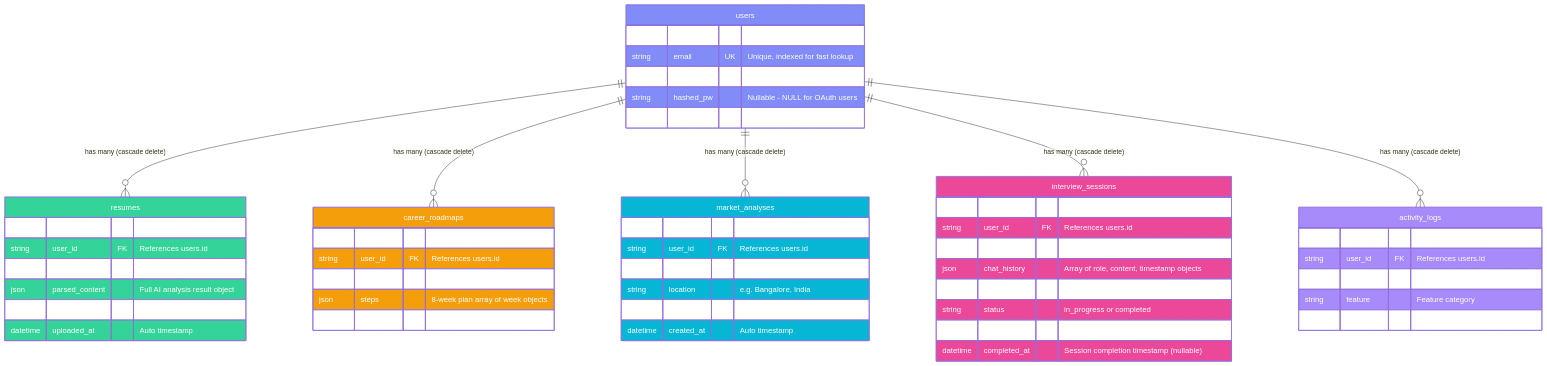
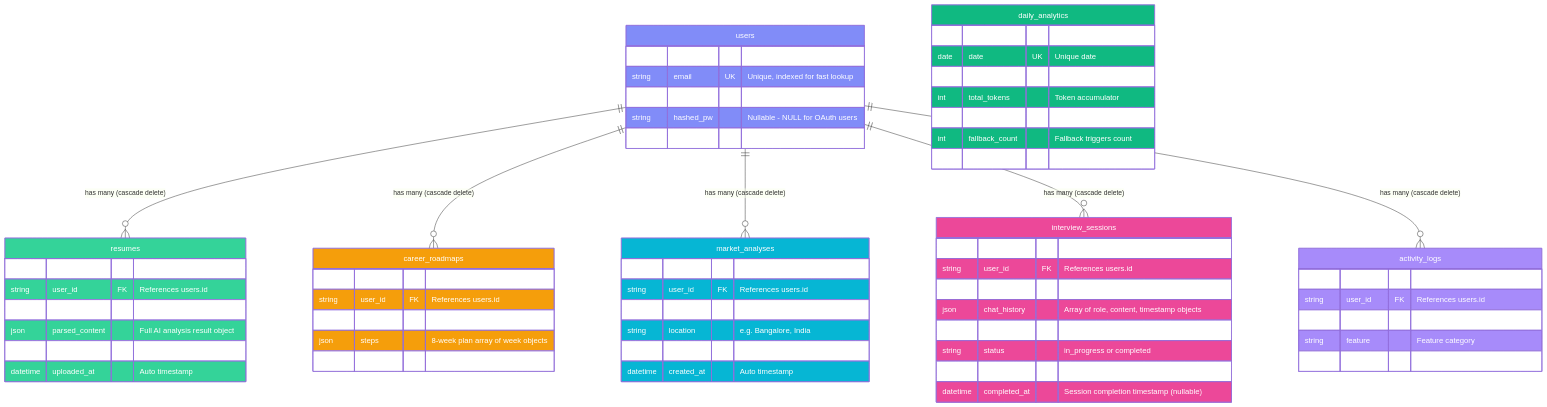
Diagram 15 of 34 in ARCHITECTURE.md (Anil-Pradhan-web/ai-career-mentor), drawn with Mermaid before and after one commit. The commit also changed other lines of this file and 25 other files, not shown here.

Commit message:
feat(observability): implement premium admin metrics console, prometheus endpoints, daily analytics postgres rollup, redis caching, and comprehensive documentation

````diff
--- a/ARCHITECTURE.md
+++ b/ARCHITECTURE.md
@@ -753,6 +754,7 @@
     classDef market fill:#06b6d4,color:#fff
     classDef interview fill:#ec4899,color:#fff
     classDef log fill:#a78bfa,color:#fff
+    classDef analytics fill:#10b981,color:#fff
 
     users ||--o{ resumes : "has many (cascade delete)"
     users ||--o{ career_roadmaps : "has many (cascade delete)"
@@ -813,10 +815,21 @@
         datetime created_at "Auto timestamp"
     }
 
+    daily_analytics {
+        string id PK "UUID"
+        date date UK "Unique date"
+        int total_requests "Request accumulator"
+        int total_tokens "Token accumulator"
+        float estimated_cost "Estimated LLM cost in USD"
+        int fallback_count "Fallback triggers count"
+        int error_count "Errors/exceptions count"
+    }
+
     class users user
     class resumes resume
     class career_roadmaps roadmap
     class market_analyses market
     class interview_sessions interview
     class activity_logs log
+    class daily_analytics analytics
 ```
````
